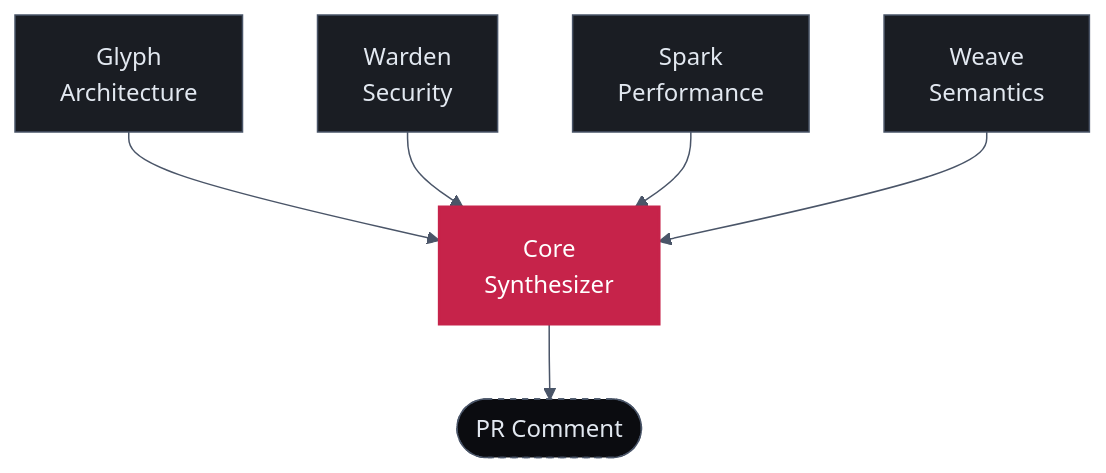
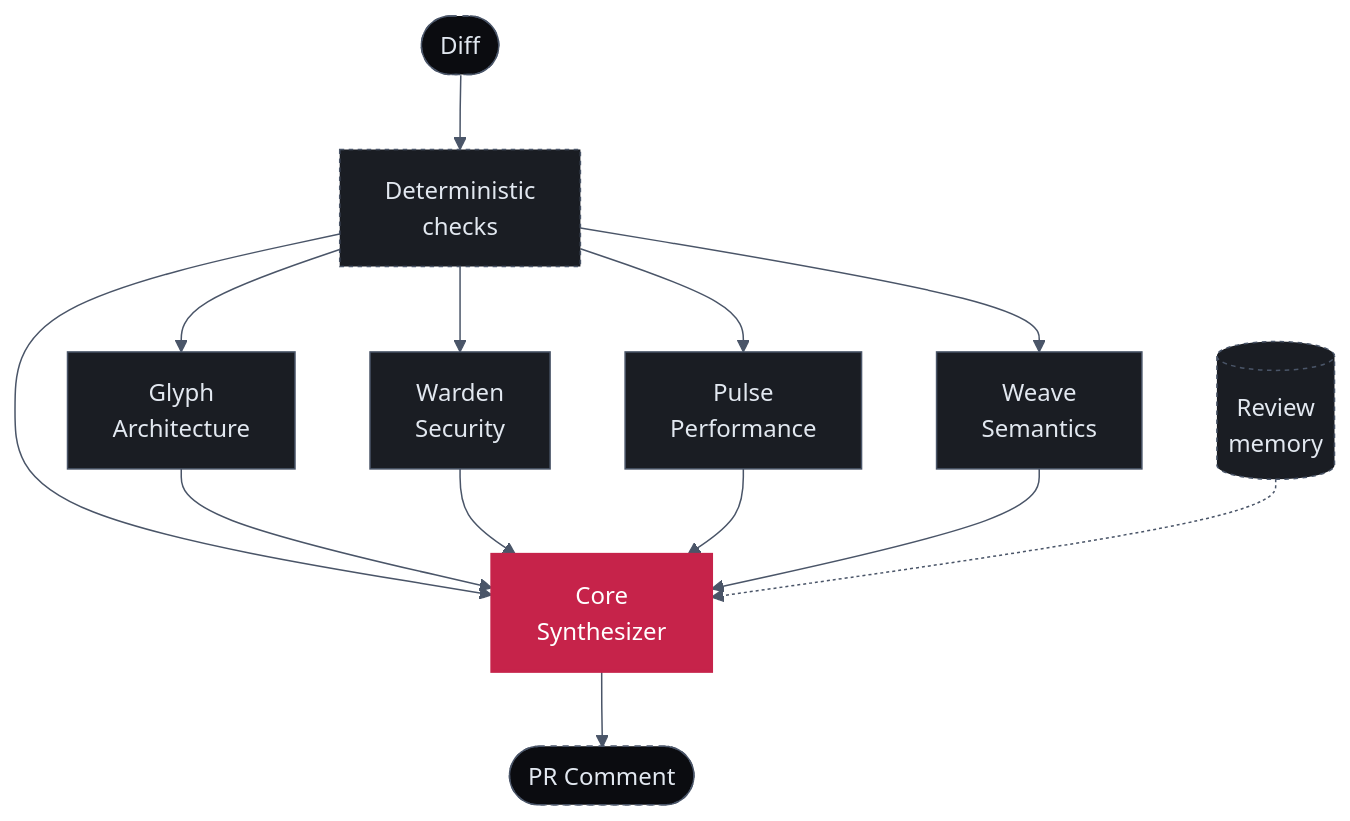
Before and after one commit to Arc-and-Anchor/sigilix-docs: the diagram in how-it-works/the-ensemble.mdx, drawn with Mermaid. The commit also changed other lines of this file and 32 other files, not shown here.

````diff
--- a/how-it-works/the-ensemble.mdx
+++ b/how-it-works/the-ensemble.mdx
@@ -12,34 +12,46 @@
 ```mermaid
 %%{init: {
   'theme': 'base',
   'themeVariables': {
     'background': '#0B0C10',
     'primaryColor': '#1A1D23',
     'primaryTextColor': '#E2E8F0',
     'primaryBorderColor': '#4A5568',
     'lineColor': '#4A5568',
     'fontFamily': 'ui-monospace, SFMono-Regular, Menlo, Monaco, Consolas, monospace'
   }
 } }%%
 flowchart TD
+    diff([Diff])
+    det["Deterministic<br/>checks"]
     glyph["Glyph<br/>Architecture"]
     warden["Warden<br/>Security"]
-    spark["Spark<br/>Performance"]
+    pulse["Pulse<br/>Performance"]
     weave["Weave<br/>Semantics"]
     core["Core<br/>Synthesizer"]
+    mem[("Review<br/>memory")]
     pr([PR Comment])
 
+    diff --> det
+    det --> glyph
+    det --> warden
+    det --> pulse
+    det --> weave
+    det --> core
     glyph --> core
     warden --> core
-    spark --> core
+    pulse --> core
     weave --> core
+    mem -.-> core
     core --> pr
 
     classDef specialist fill:#1A1D23,stroke:#4A5568,color:#E2E8F0,stroke-width:1px
+    classDef preLLM fill:#1A1D23,stroke:#4A5568,color:#E2E8F0,stroke-width:1px,stroke-dasharray: 3 3
     classDef coreStyle fill:#C6234A,stroke:#C6234A,color:#FFFFFF,stroke-width:2px
     classDef output fill:#0B0C10,stroke:#4A5568,color:#E2E8F0,stroke-width:1px,stroke-dasharray: 4 4
 
-    class glyph,warden,spark,weave specialist
+    class glyph,warden,pulse,weave specialist
+    class det,mem preLLM
     class core coreStyle
-    class pr output
+    class diff,pr output
 ```
````
